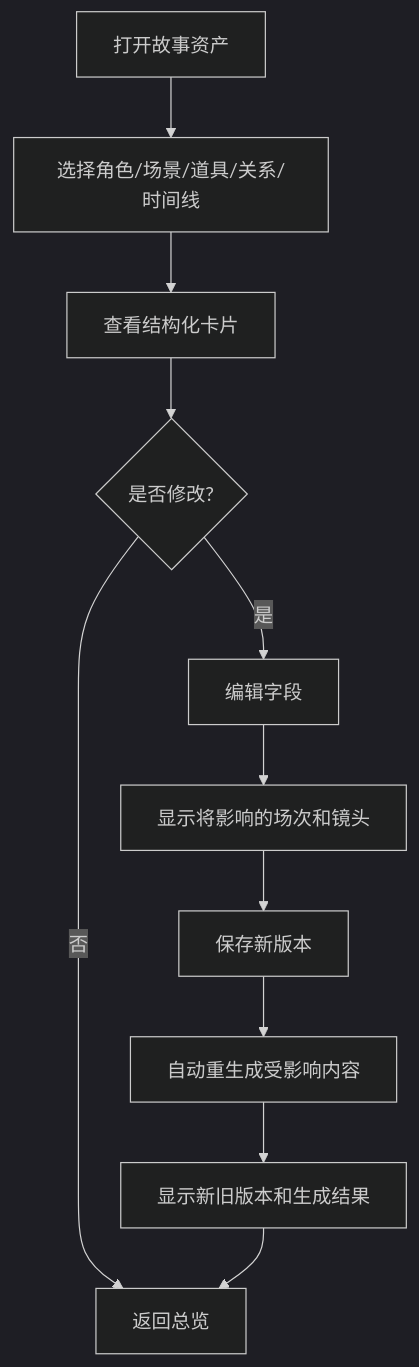
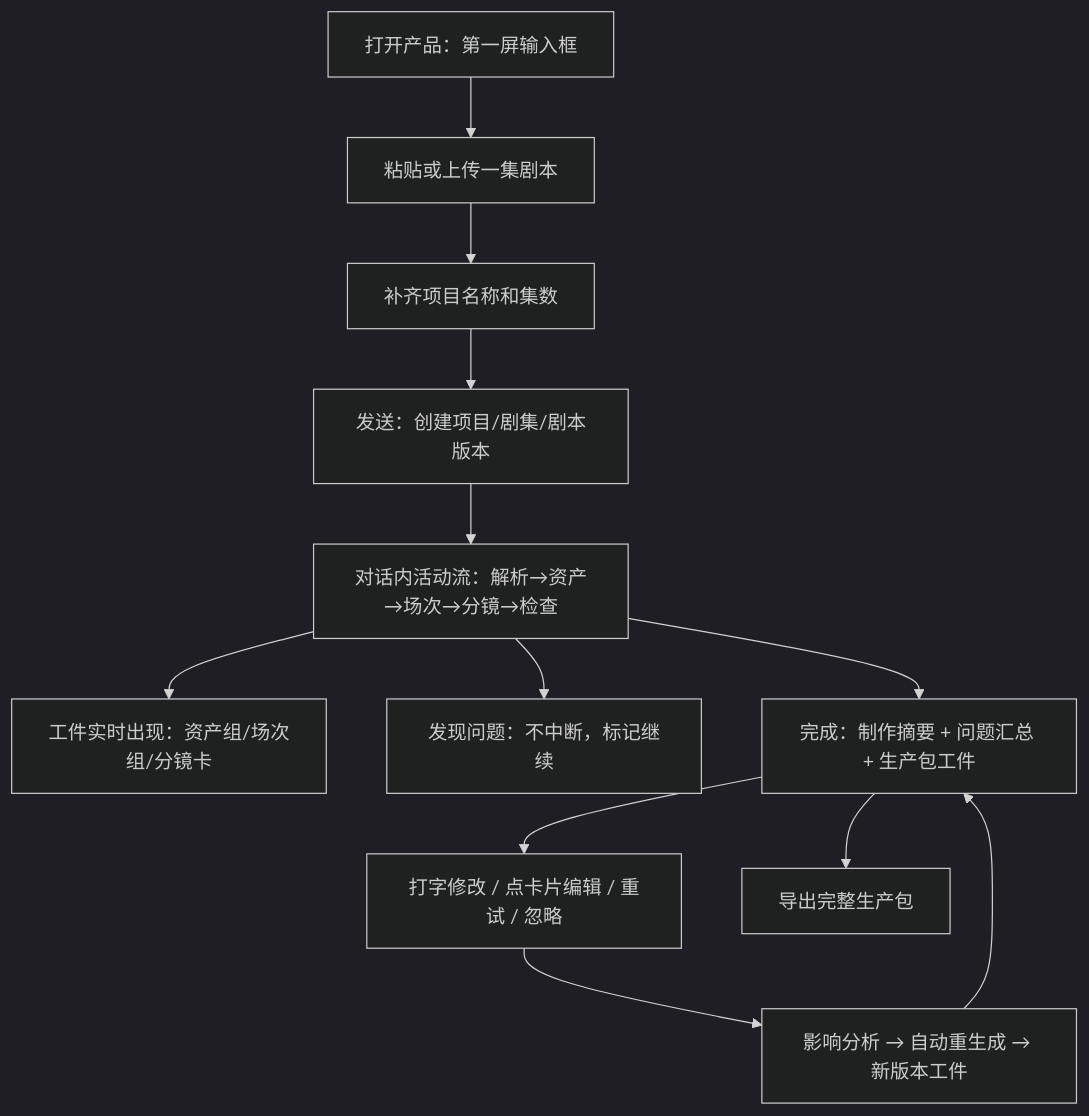
The first of 3 diagrams in mastra-short-drama-agent/docs/user-flows.md (zhanglun/get-off-work-early), drawn with Mermaid (dark theme) before and after one commit. The commit also changed other lines of this file and 8 other files, not shown here.

````diff
--- a/mastra-short-drama-agent/docs/user-flows.md
+++ b/mastra-short-drama-agent/docs/user-flows.md
@@ -125,13 +9,14 @@
 ```mermaid
 flowchart TD
-    A[打开故事资产] --> B[选择角色/场景/道具/关系/时间线]
-    B --> C[查看结构化卡片]
-    C --> D{是否修改?}
-    D -->|否| E[返回总览]
-    D -->|是| F[编辑字段]
-    F --> G[显示将影响的场次和镜头]
-    G --> H[保存新版本]
-    H --> I[自动重生成受影响内容]
-    I --> J[显示新旧版本和生成结果]
-    J --> E
+    A[打开产品：第一屏输入框] --> B[粘贴或上传一集剧本]
+    B --> C[补齐项目名称和集数]
+    C --> D[发送：创建项目/剧集/剧本版本]
+    D --> E[对话内活动流：解析→资产→场次→分镜→检查]
+    E --> F[工件实时出现：资产组/场次组/分镜卡]
+    E --> G[发现问题：不中断，标记继续]
+    E --> H[完成：制作摘要 + 问题汇总 + 生产包工件]
+    H --> I[打字修改 / 点卡片编辑 / 重试 / 忽略]
+    I --> J[影响分析 → 自动重生成 → 新版本工件]
+    J --> H
+    H --> K[导出完整生产包]
 ```
````
